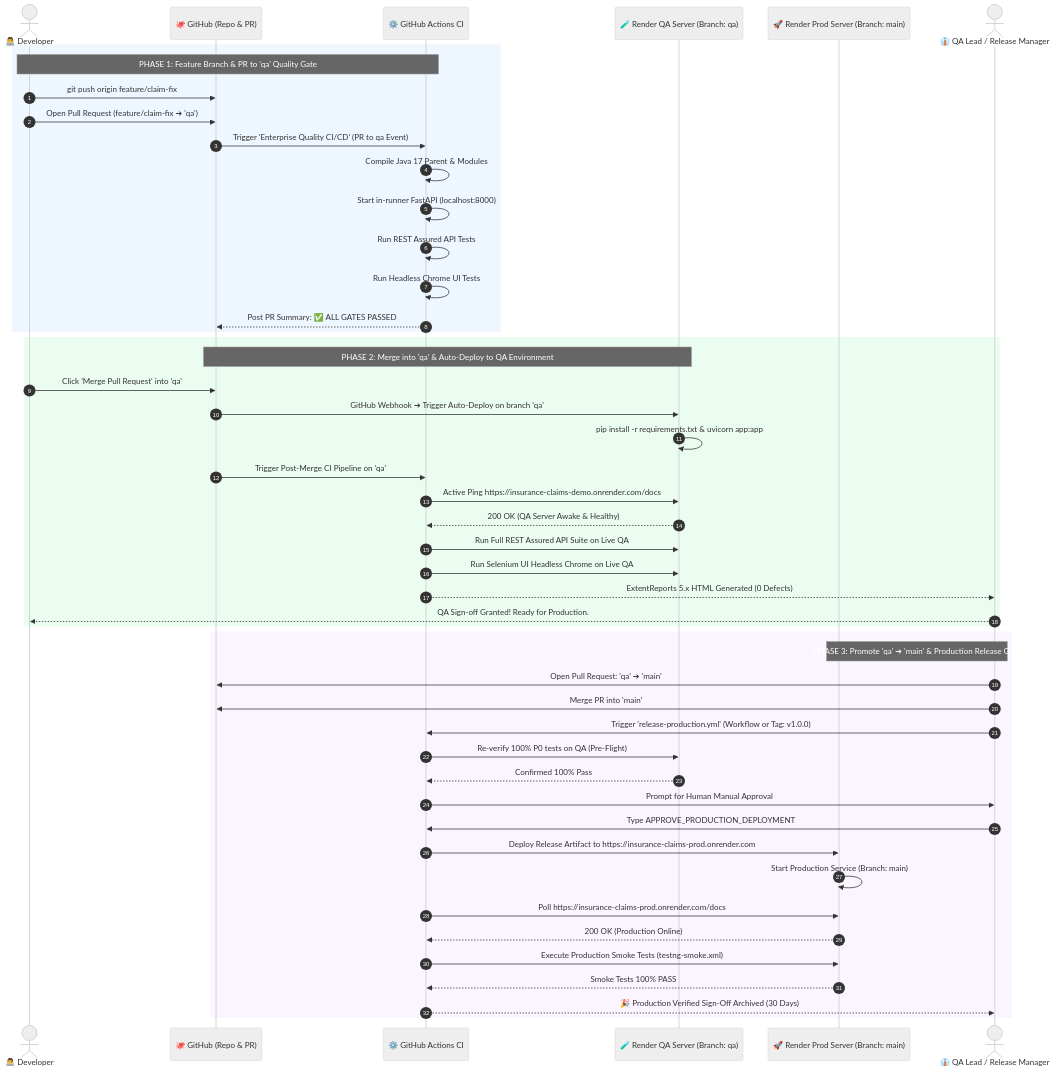
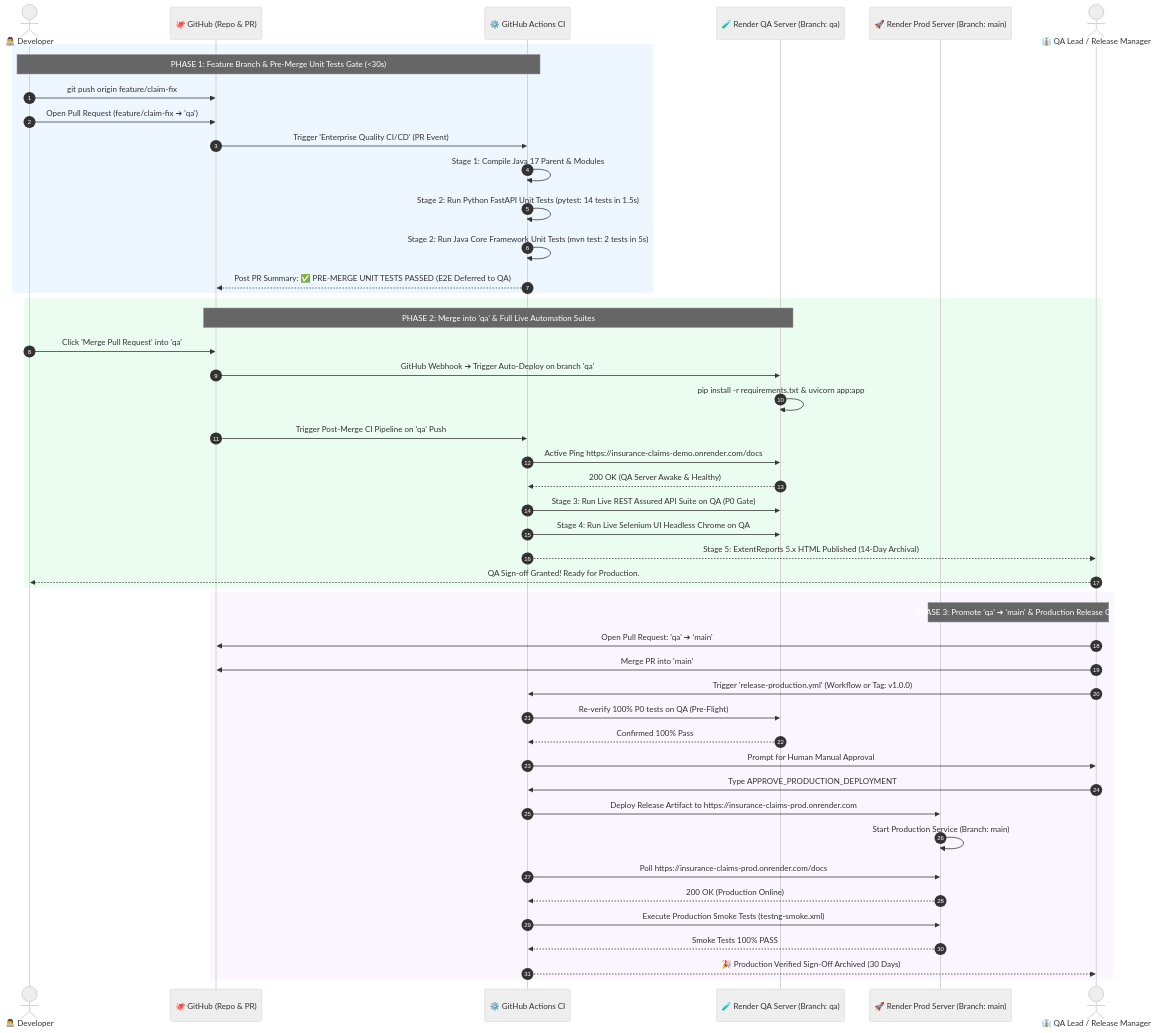
One commit to akroyq/enterprise-test-automation-framework changed the second of 3 diagrams in VISUAL_PIPELINE_ARCHITECTURE.md. Above: the diagram before and after it, drawn with Mermaid (neutral theme). The commit also changed other lines of this file and 4 other files, not shown here.

Commit message:
feat(ci): introduce fast pre-merge unit testing gate (pytest & core testng) and defer live automation to qa merge

````diff
--- a/VISUAL_PIPELINE_ARCHITECTURE.md
+++ b/VISUAL_PIPELINE_ARCHITECTURE.md
@@ -88,57 +88,56 @@
 ```mermaid
 sequenceDiagram
     autonumber
     actor Dev as 👨‍💻 Developer
     participant Git as 🐙 GitHub (Repo & PR)
     participant CI as ⚙️ GitHub Actions CI
     participant QA as 🧪 Render QA Server (Branch: qa)
     participant Prod as 🚀 Render Prod Server (Branch: main)
     actor Lead as 👔 QA Lead / Release Manager
 
-    %% Step 1: Branch & PR to QA
+    %% Step 1: Branch & PR to QA (Fast Unit Tests Only)
     rect rgb(238, 246, 255)
-    Note over Dev,CI: PHASE 1: Feature Branch & PR to 'qa' Quality Gate
+    Note over Dev,CI: PHASE 1: Feature Branch & Pre-Merge Unit Tests Gate (<30s)
     Dev->>Git: git push origin feature/claim-fix
     Dev->>Git: Open Pull Request (feature/claim-fix ➔ 'qa')
-    Git->>CI: Trigger 'Enterprise Quality CI/CD' (PR to qa Event)
-    CI->>CI: Compile Java 17 Parent & Modules
-    CI->>CI: Start in-runner FastAPI (localhost:8000)
-    CI->>CI: Run REST Assured API Tests
-    CI->>CI: Run Headless Chrome UI Tests
-    CI-->>Git: Post PR Summary: ✅ ALL GATES PASSED
+    Git->>CI: Trigger 'Enterprise Quality CI/CD' (PR Event)
+    CI->>CI: Stage 1: Compile Java 17 Parent & Modules
+    CI->>CI: Stage 2: Run Python FastAPI Unit Tests (pytest: 14 tests in 1.5s)
+    CI->>CI: Stage 2: Run Java Core Framework Unit Tests (mvn test: 2 tests in 5s)
+    CI-->>Git: Post PR Summary: ✅ PRE-MERGE UNIT TESTS PASSED (E2E Deferred to QA)
     end
 
-    %% Step 2: Merge to QA & Dedicated QA Deployment
+    %% Step 2: Merge to QA & Dedicated QA Live Automation
     rect rgb(235, 253, 240)
-    Note over Git,QA: PHASE 2: Merge into 'qa' & Auto-Deploy to QA Environment
+    Note over Git,QA: PHASE 2: Merge into 'qa' & Full Live Automation Suites
     Dev->>Git: Click 'Merge Pull Request' into 'qa'
     Git->>QA: GitHub Webhook ➔ Trigger Auto-Deploy on branch 'qa'
     QA->>QA: pip install -r requirements.txt & uvicorn app:app
-    Git->>CI: Trigger Post-Merge CI Pipeline on 'qa'
+    Git->>CI: Trigger Post-Merge CI Pipeline on 'qa' Push
     CI->>QA: Active Ping https://insurance-claims-demo.onrender.com/docs
     QA-->>CI: 200 OK (QA Server Awake & Healthy)
-    CI->>QA: Run Full REST Assured API Suite on Live QA
-    CI->>QA: Run Selenium UI Headless Chrome on Live QA
-    CI-->>Lead: ExtentReports 5.x HTML Generated (0 Defects)
+    CI->>QA: Stage 3: Run Live REST Assured API Suite on QA (P0 Gate)
+    CI->>QA: Stage 4: Run Live Selenium UI Headless Chrome on QA
+    CI-->>Lead: Stage 5: ExtentReports 5.x HTML Published (14-Day Archival)
     Lead-->>Dev: QA Sign-off Granted! Ready for Production.
     end
 
     %% Step 3: Promote to Main & Production Release
     rect rgb(250, 245, 255)
     Note over Lead,Prod: PHASE 3: Promote 'qa' ➔ 'main' & Production Release Gate
     Lead->>Git: Open Pull Request: 'qa' ➔ 'main'
     Lead->>Git: Merge PR into 'main'
     Lead->>CI: Trigger 'release-production.yml' (Workflow or Tag: v1.0.0)
     CI->>QA: Re-verify 100% P0 tests on QA (Pre-Flight)
     QA-->>CI: Confirmed 100% Pass
     CI->>Lead: Prompt for Human Manual Approval
     Lead->>CI: Type APPROVE_PRODUCTION_DEPLOYMENT
     CI->>Prod: Deploy Release Artifact to https://insurance-claims-prod.onrender.com
     Prod->>Prod: Start Production Service (Branch: main)
     CI->>Prod: Poll https://insurance-claims-prod.onrender.com/docs
     Prod-->>CI: 200 OK (Production Online)
     CI->>Prod: Execute Production Smoke Tests (testng-smoke.xml)
     Prod-->>CI: Smoke Tests 100% PASS
     CI-->>Lead: 🎉 Production Verified Sign-Off Archived (30 Days)
     end
 ```
````
